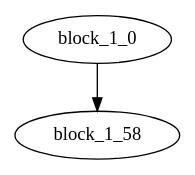
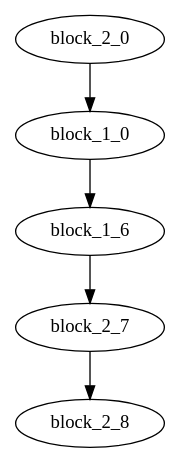
One commit to PKU-ASAL/SeeWasm changed the diagram in wasm_ICFG.gv. Above: the diagram before and after it, drawn with Graphviz. The commit also changed 33 other files, not shown here.

```diff
--- a/wasm_ICFG.gv
+++ b/wasm_ICFG.gv
@@ -1,8 +1,17 @@
 digraph "wasm_ICFG.gv" {
 	rankdir=TB
 	subgraph global {
+		block_2_7
+		block_2_8
+		block_2_7 -> block_2_8
 		block_1_0
-		block_1_58
-		block_1_0 -> block_1_58
+		block_1_6
+		block_1_0 -> block_1_6
+		block_2_0
+		block_1_0
+		block_2_0 -> block_1_0
+		block_1_6
+		block_2_7
+		block_1_6 -> block_2_7
 	}
 }
```
